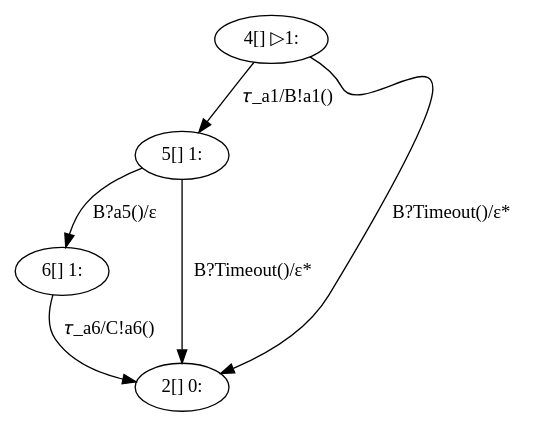
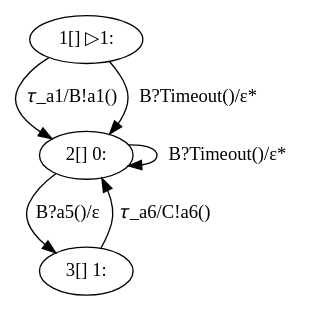
Before and after one commit to LauraVoinea/scribble-java: the diagram in generated/Timeout/A.dot, drawn with Graphviz. The commit also changed 13 other files, not shown here.

```diff
--- a/generated/Timeout/A.dot
+++ b/generated/Timeout/A.dot
@@ -1,12 +1,12 @@
 digraph G {
 compound = true;
-"4" [ label="4[] ▷1:" ];
-"5" [ label="5[] 1:" ];
-"6" [ label="6[] 1:" ];
+"1" [ label="1[] ▷1:" ];
+"2" [ label="2[] 1:" ];
+"3" [ label="3[] 1:" ];
 "2" [ label="2[] 0:" ];
-"6" -> "2" [ label="𝜏_a6/C!a6()" ];
-"4" -> "2" [ label="B?Timeout()/ε*" ];
-"4" -> "5" [ label="𝜏_a1/B!a1()" ];
-"5" -> "6" [ label="B?a5()/ε" ];
-"5" -> "2" [ label="B?Timeout()/ε*" ];
+"1" -> "2" [ label="𝜏_a1/B!a1()" ];
+"1" -> "2" [ label="B?Timeout()/ε*" ];
+"3" -> "2" [ label="𝜏_a6/C!a6()" ];
+"2" -> "2" [ label="B?Timeout()/ε*" ];
+"2" -> "3" [ label="B?a5()/ε" ];
 }
```
